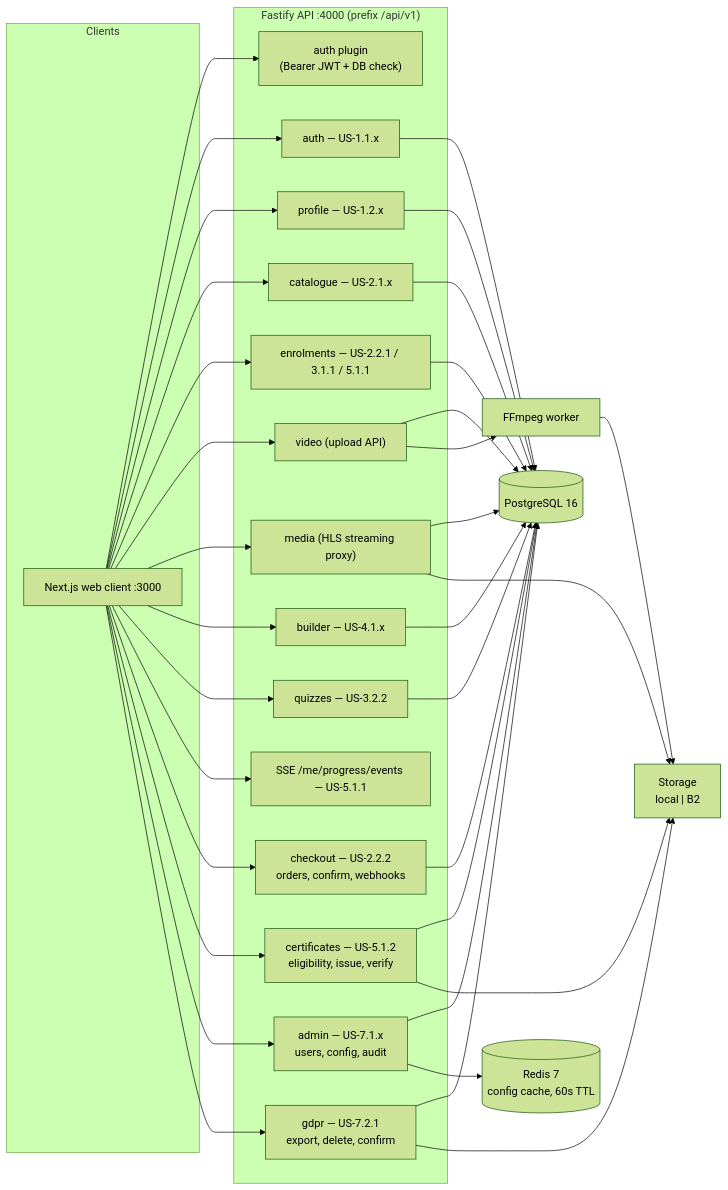
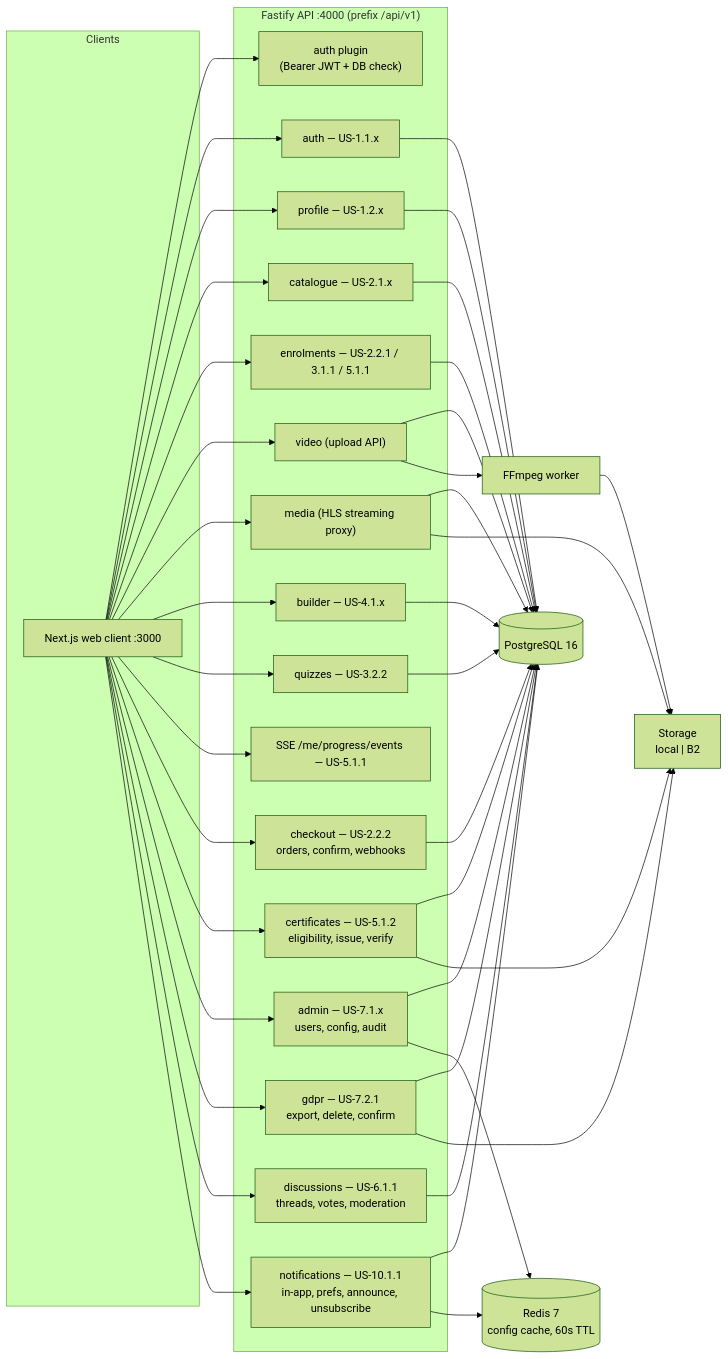
Before and after one commit to Godwin-88/laughing-waffle: the first of 10 diagrams in docs/architecture.md, drawn with Mermaid (forest theme). The commit also changed other lines of this file and 26 other files, not shown here.

Commit message:
feat(api,web,docs): add course discussions and notifications (US-6.1.1, US-10.1.1)

````diff
--- a/docs/architecture.md
+++ b/docs/architecture.md
@@ -19,44 +20,49 @@
 ```mermaid
 flowchart LR
     subgraph Clients
         NEXT["Next.js web client :3000"]
     end
 
     subgraph Gateway["Fastify API :4000  (prefix /api/v1)"]
         AUTH["auth — US-1.1.x"]
         PROF["profile — US-1.2.x"]
         CAT["catalogue — US-2.1.x"]
         ENR["enrolments — US-2.2.1 / 3.1.1 / 5.1.1"]
         QUIZ["quizzes — US-3.2.2"]
         SSE["SSE /me/progress/events — US-5.1.1"]
         VID["video (upload API)"]
         MEDIA["media (HLS streaming proxy)"]
         BLD["builder — US-4.1.x"]
         ORD["checkout — US-2.2.2<br/>orders, confirm, webhooks"]
         CERT["certificates — US-5.1.2<br/>eligibility, issue, verify"]
         ADM["admin — US-7.1.x<br/>users, config, audit"]
         GDPR["gdpr — US-7.2.1<br/>export, delete, confirm"]
+        DISC["discussions — US-6.1.1<br/>threads, votes, moderation"]
+        NOTIF["notifications — US-10.1.1<br/>in-app, prefs, announce, unsubscribe"]
         AUTH_PLUGIN["auth plugin<br/>(Bearer JWT + DB check)"]
     end
 
     NEXT --> AUTH_PLUGIN
-    NEXT --> AUTH & PROF & CAT & ENR & VID & MEDIA & BLD & QUIZ & SSE & ORD & CERT & ADM & GDPR
+    NEXT --> AUTH & PROF & CAT & ENR & VID & MEDIA & BLD & QUIZ & SSE & ORD & CERT & ADM & GDPR & DISC & NOTIF
 
     AUTH & PROF --> PG[("PostgreSQL 16")]
     CAT --> PG
     ENR --> PG
     BLD --> PG
     VID --> PG
     QUIZ --> PG
     MEDIA --> PG
     ORD --> PG
     CERT --> PG
     CERT --> STORE
     ADM --> PG
     GDPR --> PG
     GDPR --> STORE
     ADM --> REDIS[("Redis 7<br/>config cache, 60s TTL")]
+    DISC --> PG
+    NOTIF --> PG
+    NOTIF --> REDIS
     VID --> TRANSCODER["FFmpeg worker"]
     TRANSCODER --> STORE["Storage<br/>local | B2"]
     MEDIA --> STORE
 ```
````
